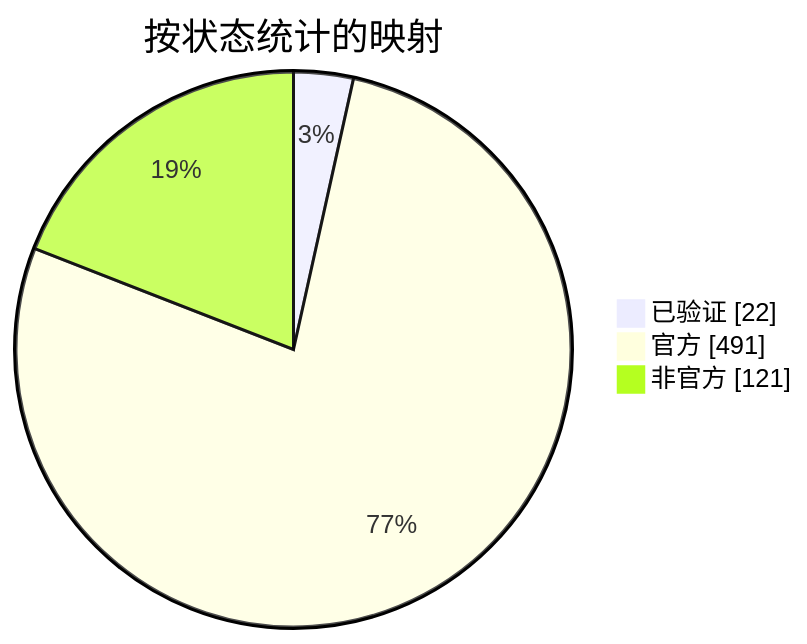
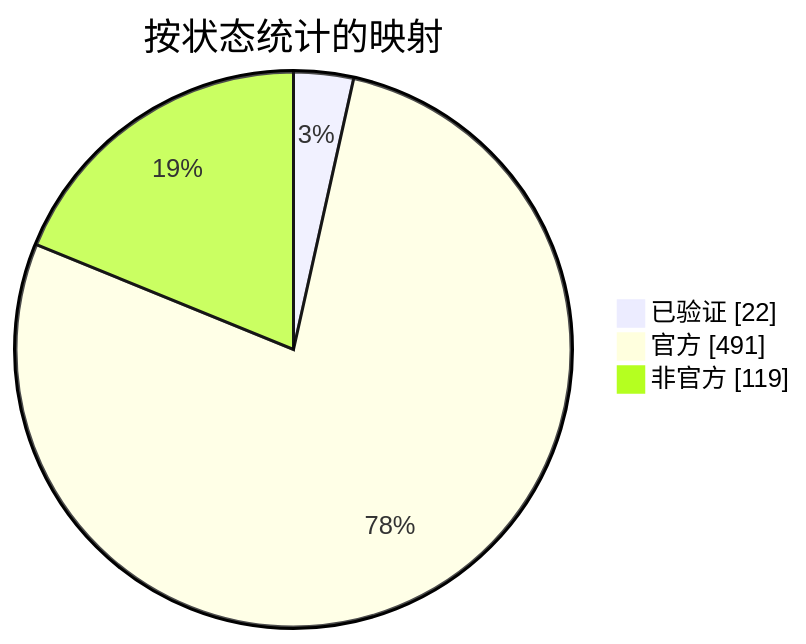
One commit to nobrega8/mbmap-library changed the diagram in docs/readme/README_ZHS.md. Above: the diagram before and after it, drawn with Mermaid. The commit also changed 9 other files, not shown here.

````diff
--- a/docs/readme/README_ZHS.md
+++ b/docs/readme/README_ZHS.md
@@ -54,7 +54,7 @@
 ```mermaid
 pie showData
     title 按状态统计的映射
     "已验证" : 22
     "官方" : 491
-    "非官方" : 121
+    "非官方" : 119
 ```
````
